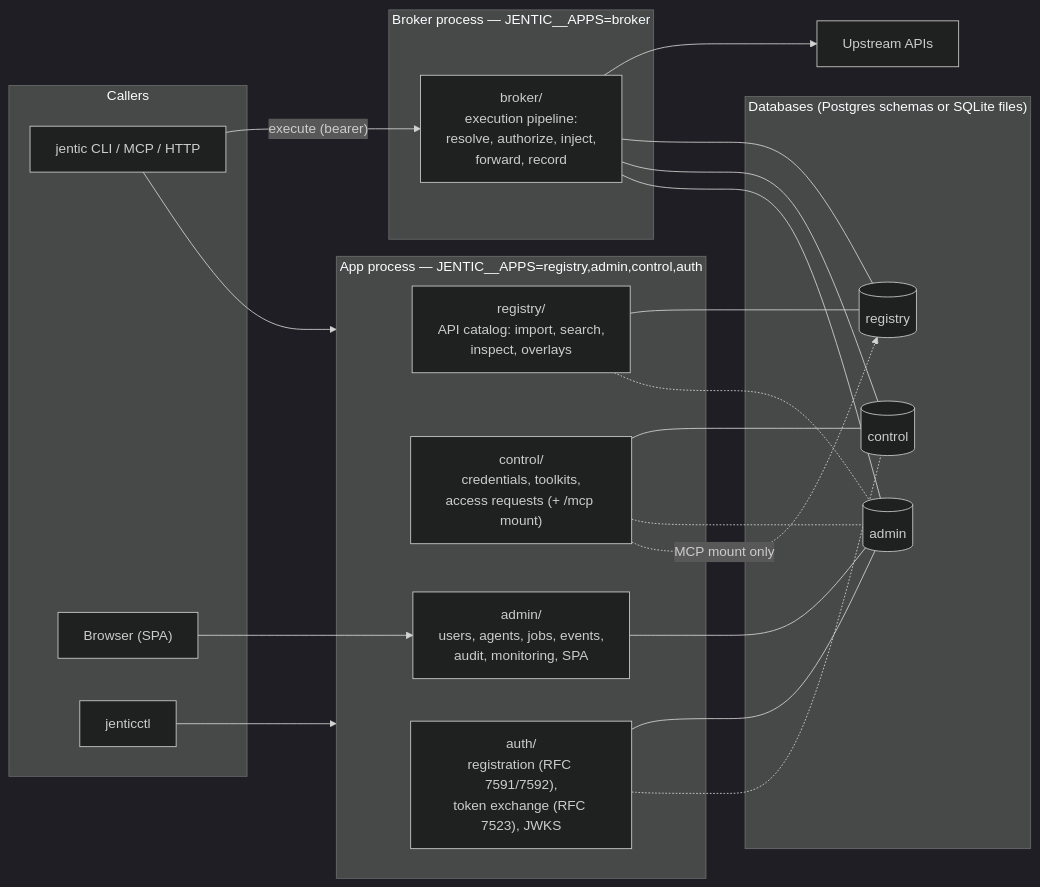
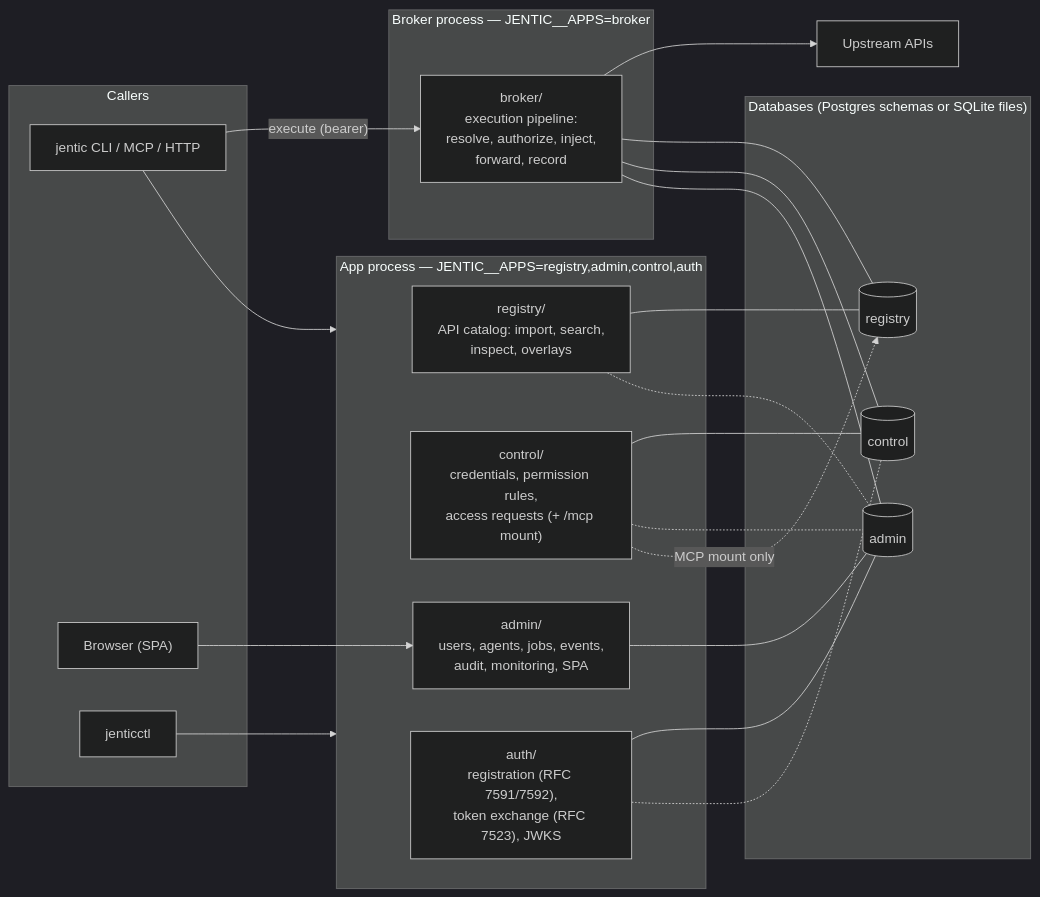
Before and after one commit to jentic/jentic-one: the diagram in docs/architecture/README.md, drawn with Mermaid (dark theme). The commit also changed other lines of this file and 11 other files, not shown here.

````diff
--- a/docs/architecture/README.md
+++ b/docs/architecture/README.md
@@ -23,45 +23,45 @@
 ```mermaid
 flowchart LR
     subgraph clients [Callers]
         CLI["jentic CLI / MCP / HTTP"]
         UI["Browser (SPA)"]
         CTL["jenticctl"]
     end
 
     subgraph app [App process — JENTIC__APPS=registry,admin,control,auth]
         REG["registry/<br/>API catalog: import, search,<br/>inspect, overlays"]
-        CON["control/<br/>credentials, toolkits,<br/>access requests (+ /mcp mount)"]
+        CON["control/<br/>credentials, permission rules,<br/>access requests (+ /mcp mount)"]
         ADM["admin/<br/>users, agents, jobs, events,<br/>audit, monitoring, SPA"]
         AUTH["auth/<br/>registration (RFC 7591/7592),<br/>token exchange (RFC 7523), JWKS"]
     end
 
     subgraph broker [Broker process — JENTIC__APPS=broker]
         BRK["broker/<br/>execution pipeline:<br/>resolve, authorize, inject,<br/>forward, record"]
     end
 
     subgraph dbs ["Databases (Postgres schemas or SQLite files)"]
         RDB[("registry")]
         CDB[("control")]
         ADB[("admin")]
     end
 
     UP["Upstream APIs"]
 
     CLI --> app
     UI --> ADM
     CTL --> app
     CLI -- "execute (bearer)" --> BRK
     BRK --> UP
 
     REG --- RDB
     REG -.- ADB
     CON --- CDB
     CON -.- ADB
     CON -.->|"MCP mount only"| RDB
     ADM --- ADB
     AUTH --- ADB
     AUTH -.- CDB
     BRK --- RDB
     BRK --- CDB
     BRK --- ADB
 ```
````
